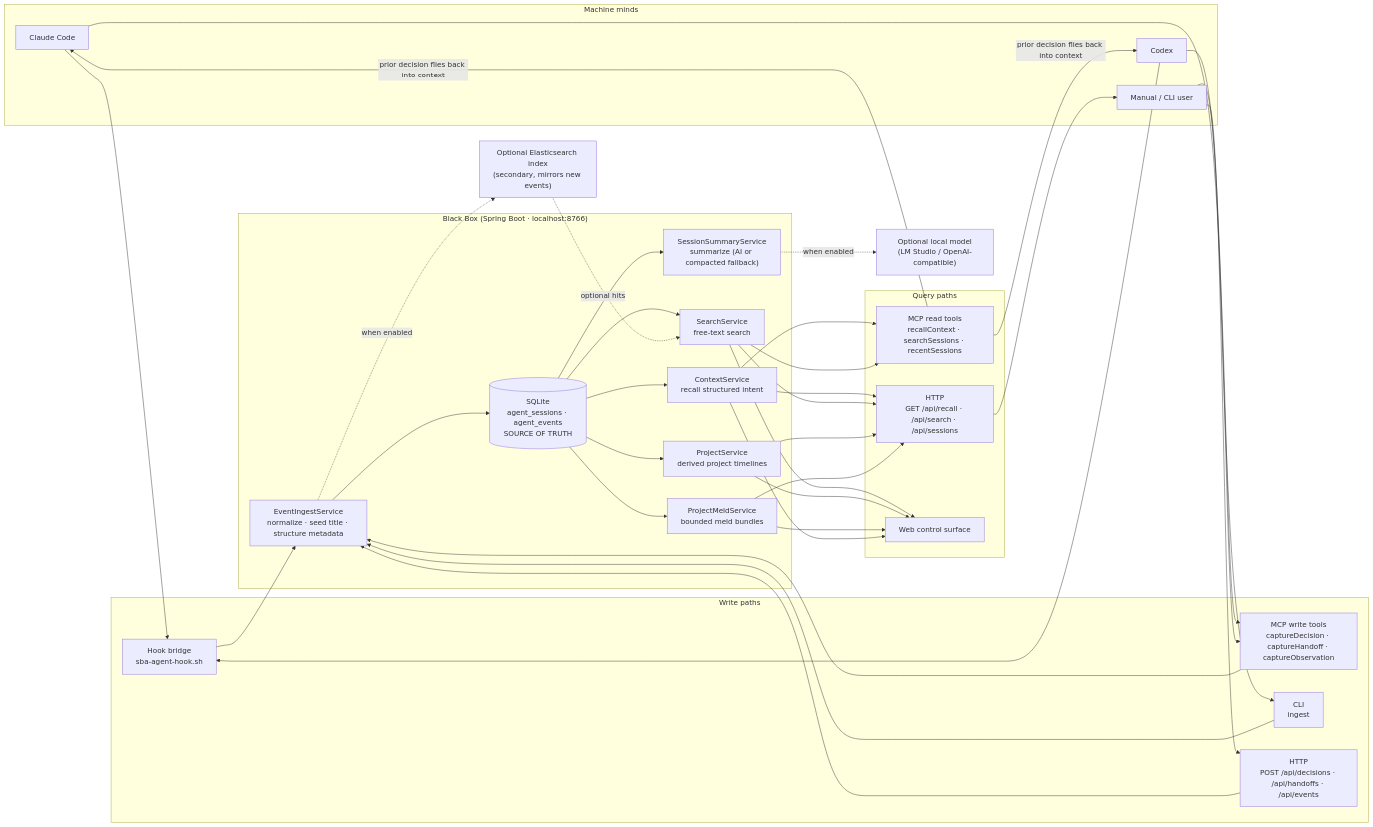
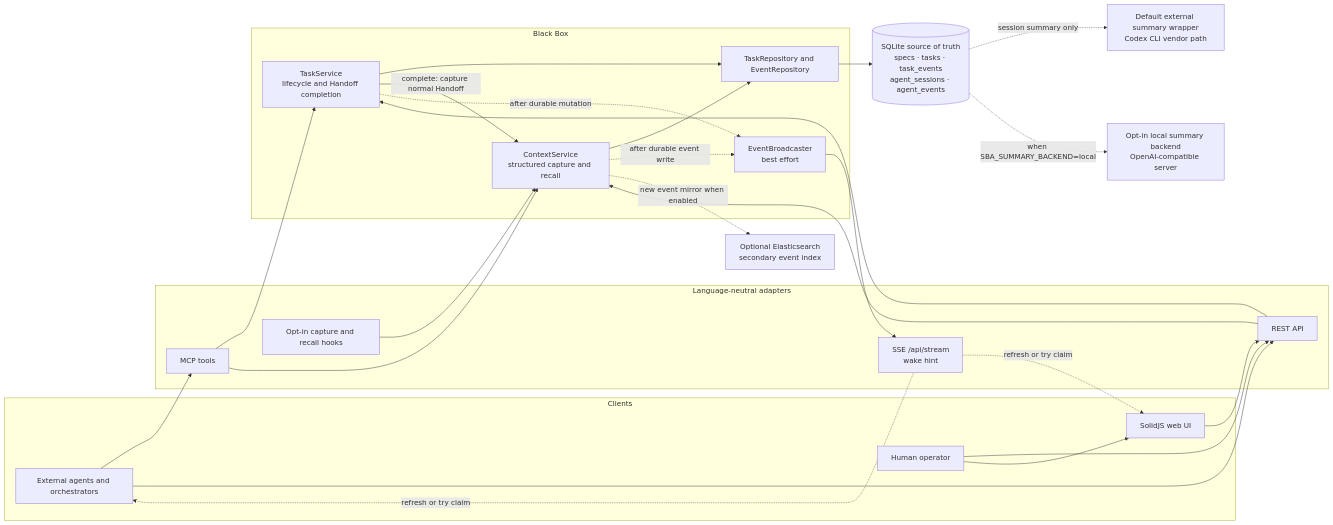
Before and after one commit to nathanmauro/black-box: the first of 2 diagrams in docs/architecture.md, drawn with Mermaid. The commit also changed other lines of this file and 5 other files, not shown here.

````diff
--- a/docs/architecture.md
+++ b/docs/architecture.md
@@ -9,64 +16,45 @@
 ```mermaid
 flowchart LR
-    subgraph Agents["Machine minds"]
-        CC["Claude Code"]
-        CX["Codex"]
-        ME["Manual / CLI user"]
+    subgraph Clients["Clients"]
+        AGENTS["External agents and orchestrators"]
+        HUMAN["Human operator"]
+        UI["SolidJS web UI"]
     end
 
-    subgraph Ingress["Write paths"]
-        HOOK["Hook bridge<br/>sba-agent-hook.sh"]
-        MCPW["MCP write tools<br/>captureDecision · captureHandoff · captureObservation"]
-        CLI["CLI<br/>ingest"]
-        HTTPW["HTTP<br/>POST /api/decisions · /api/handoffs · /api/events"]
+    subgraph Adapters["Language-neutral adapters"]
+        MCP["MCP tools"]
+        REST["REST API"]
+        HOOK["Opt-in capture and recall hooks"]
+        STREAM["SSE /api/stream<br/>wake hint"]
     end
 
-    subgraph Core["Black Box (Spring Boot · localhost:8766)"]
-        INGEST["EventIngestService<br/>normalize · seed title · structure metadata"]
-        DB[("SQLite<br/>agent_sessions · agent_events<br/>SOURCE OF TRUTH")]
-        RECALL["ContextService<br/>recall structured intent"]
-        SEARCH["SearchService<br/>free-text search"]
-        PROJECTS["ProjectService<br/>derived project timelines"]
-        MELDS["ProjectMeldService<br/>bounded meld bundles"]
-        SUM["SessionSummaryService<br/>summarize (AI or compacted fallback)"]
+    subgraph Core["Black Box"]
+        TASK["TaskService<br/>lifecycle and Handoff completion"]
+        CONTEXT["ContextService<br/>structured capture and recall"]
+        REPO["TaskRepository and EventRepository"]
+        BROADCAST["EventBroadcaster<br/>best effort"]
     end
 
-    subgraph Egress["Query paths"]
-        MCPR["MCP read tools<br/>recallContext · searchSessions · recentSessions"]
-        HTTPR["HTTP<br/>GET /api/recall · /api/search · /api/sessions"]
-        UI["Web control surface"]
-    end
+    DB[("SQLite source of truth<br/>specs · tasks · task_events<br/>agent_sessions · agent_events")]
+    ES["Optional Elasticsearch<br/>secondary event index"]
+    EXTERNAL["Default external summary wrapper<br/>Codex CLI vendor path"]
+    LOCAL["Opt-in local summary backend<br/>OpenAI-compatible server"]
 
-    AI["Optional local model<br/>(LM Studio / OpenAI-compatible)"]
-    ES["Optional Elasticsearch index<br/>(secondary, mirrors new events)"]
-
-    CC --> HOOK & MCPW
-    CX --> HOOK & MCPW
-    ME --> CLI & HTTPW
-
-    HOOK --> INGEST
-    MCPW --> INGEST
-    CLI --> INGEST
-    HTTPW --> INGEST
-
-    INGEST --> DB
-    INGEST -. when enabled .-> ES
-
-    DB --> RECALL
-    DB --> SEARCH
-    DB --> PROJECTS
-    DB --> MELDS
-    DB --> SUM
-    SUM -. when enabled .-> AI
-    ES -. optional hits .-> SEARCH
-
-    RECALL --> MCPR & HTTPR
-    SEARCH --> MCPR & HTTPR & UI
-    PROJECTS --> HTTPR & UI
-    MELDS --> HTTPR & UI
-    RECALL --> UI
-
-    MCPR -->|"prior decision flies back into context"| CC
-    MCPR -->|"prior decision flies back into context"| CX
-    HTTPR --> ME
+    AGENTS --> MCP & REST
+    HUMAN --> REST & UI
+    UI --> REST
+    HOOK --> CONTEXT
+    MCP --> TASK & CONTEXT
+    REST --> TASK & CONTEXT
+    TASK --> REPO
+    TASK -->|"complete: capture normal Handoff"| CONTEXT
+    CONTEXT --> REPO
+    REPO --> DB
+    TASK -. "after durable mutation" .-> BROADCAST
+    CONTEXT -. "after durable event write" .-> BROADCAST
+    BROADCAST --> STREAM
+    STREAM -. "refresh or try claim" .-> AGENTS & UI
+    CONTEXT -. "new event mirror when enabled" .-> ES
+    DB -. "session summary only" .-> EXTERNAL
+    DB -. "when SBA_SUMMARY_BACKEND=local" .-> LOCAL
 ```
````
